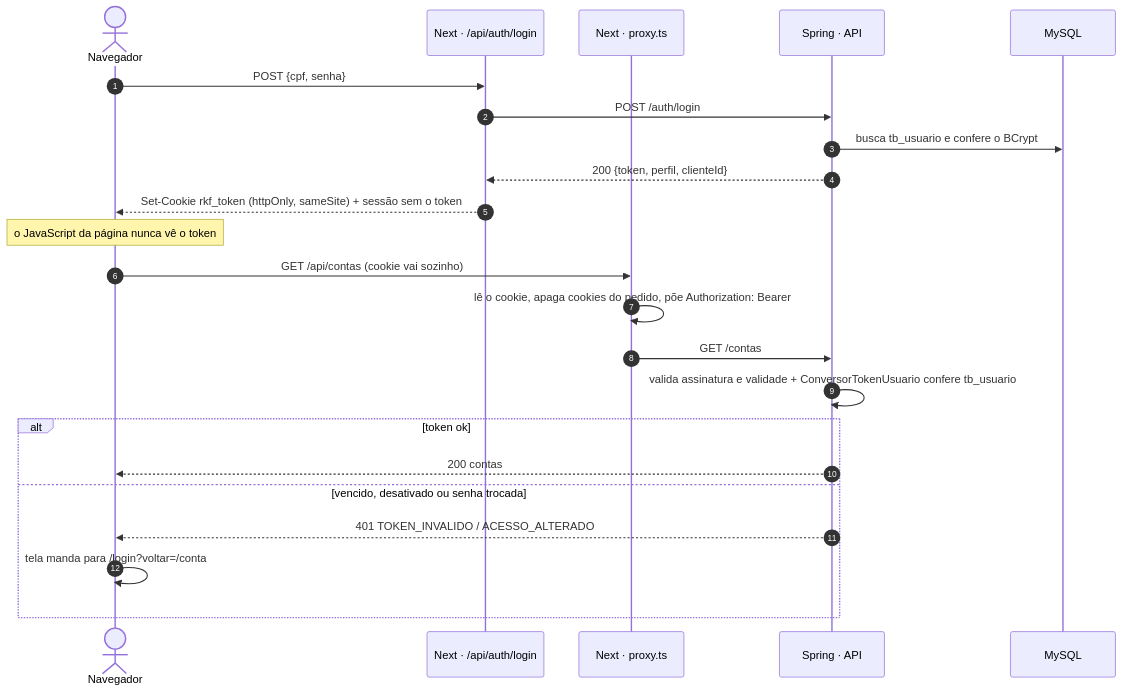
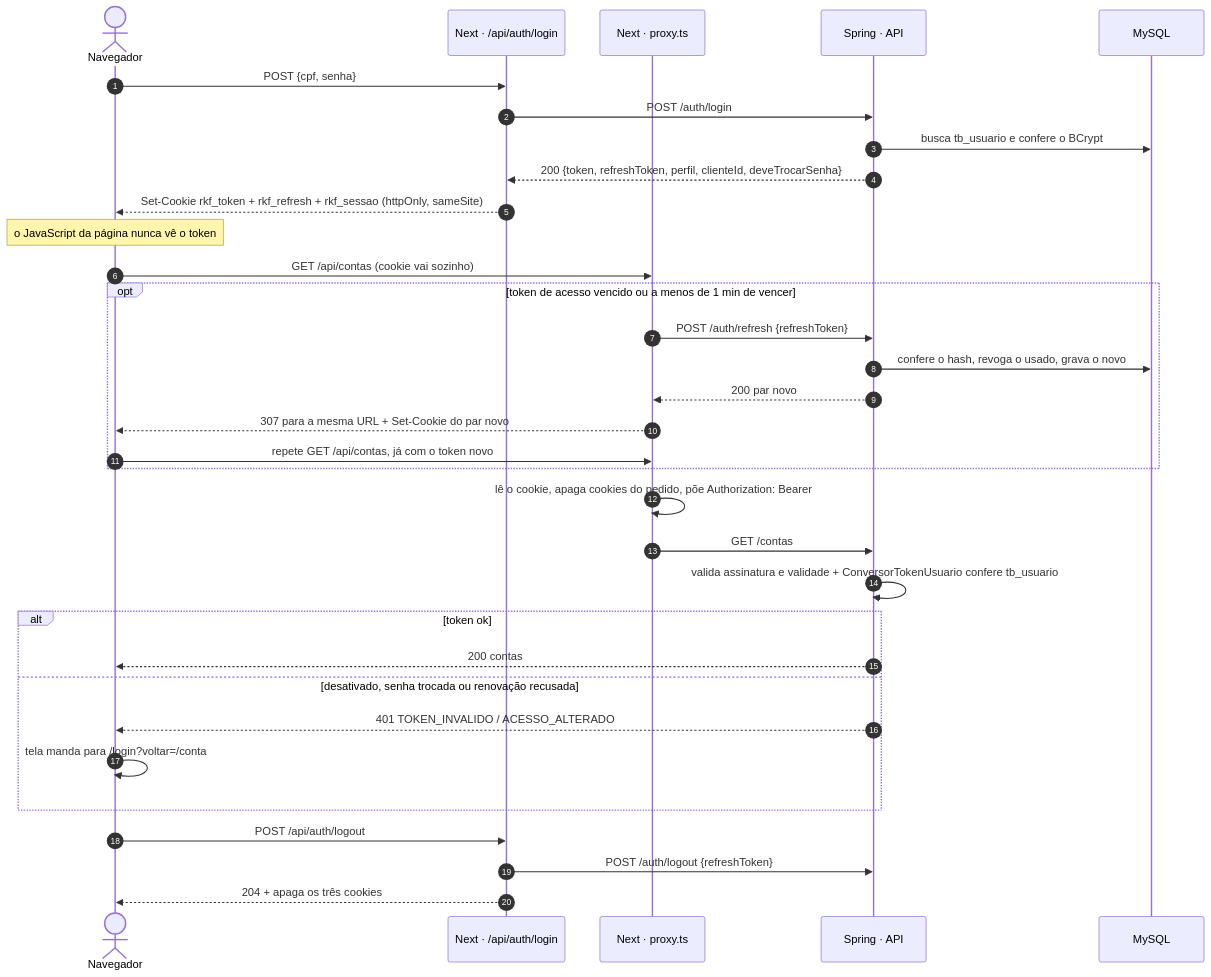
One commit to k3vinrich4rd/rkf_bank changed the seventh of 11 diagrams in FLUXOS.md. Above: the diagram before and after it, drawn with Mermaid. The commit also changed other lines of this file and 13 other files, not shown here.

````diff
--- a/FLUXOS.md
+++ b/FLUXOS.md
@@ -418,27 +418,38 @@
 ```mermaid
 sequenceDiagram
     autonumber
     actor U as Navegador
     participant RH as Next · /api/auth/login
     participant PX as Next · proxy.ts
     participant API as Spring · API
     participant DB as MySQL
 
     U->>RH: POST {cpf, senha}
     RH->>API: POST /auth/login
     API->>DB: busca tb_usuario e confere o BCrypt
-    API-->>RH: 200 {token, perfil, clienteId}
-    RH-->>U: Set-Cookie rkf_token (httpOnly, sameSite) + sessão sem o token
+    API-->>RH: 200 {token, refreshToken, perfil, clienteId, deveTrocarSenha}
+    RH-->>U: Set-Cookie rkf_token + rkf_refresh + rkf_sessao (httpOnly, sameSite)
     Note over U: o JavaScript da página nunca vê o token
 
     U->>PX: GET /api/contas (cookie vai sozinho)
+    opt token de acesso vencido ou a menos de 1 min de vencer
+        PX->>API: POST /auth/refresh {refreshToken}
+        API->>DB: confere o hash, revoga o usado, grava o novo
+        API-->>PX: 200 par novo
+        PX-->>U: 307 para a mesma URL + Set-Cookie do par novo
+        U->>PX: repete GET /api/contas, já com o token novo
+    end
     PX->>PX: lê o cookie, apaga cookies do pedido, põe Authorization: Bearer
     PX->>API: GET /contas
     API->>API: valida assinatura e validade + ConversorTokenUsuario confere tb_usuario
     alt token ok
         API-->>U: 200 contas
-    else vencido, desativado ou senha trocada
+    else desativado, senha trocada ou renovação recusada
         API-->>U: 401 TOKEN_INVALIDO / ACESSO_ALTERADO
         U->>U: tela manda para /login?voltar=/conta
     end
+
+    U->>RH: POST /api/auth/logout
+    RH->>API: POST /auth/logout {refreshToken}
+    RH-->>U: 204 + apaga os três cookies
 ```
````
